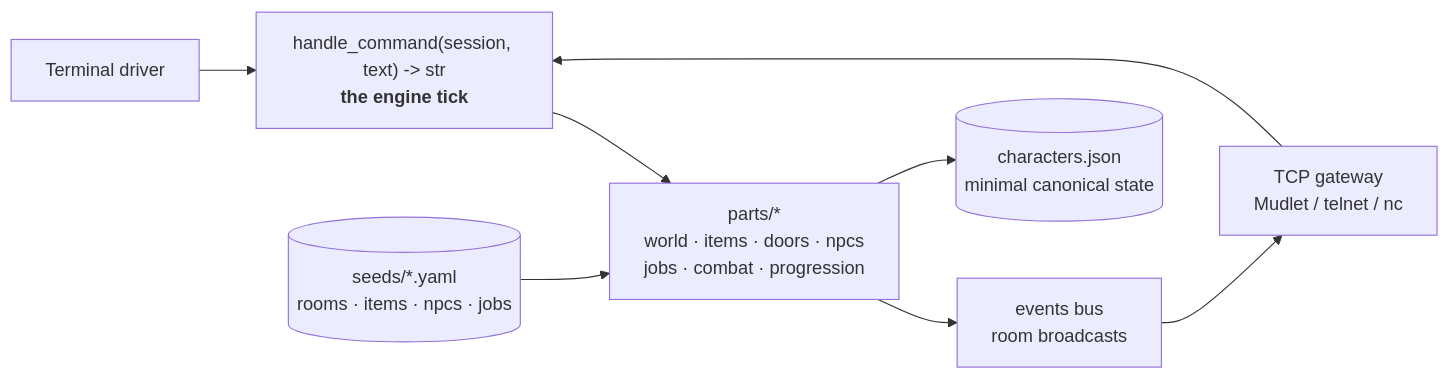
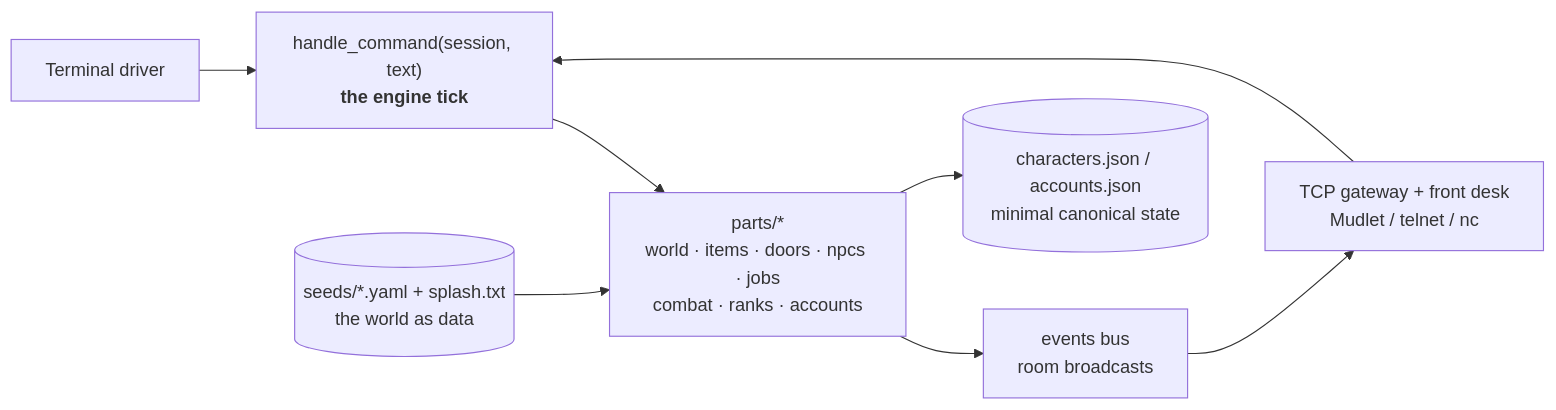
Before and after one commit to MatrymLabs/codeforge: the diagram in README.md, drawn with Mermaid. The commit also changed other lines of this file and 7 other files, not shown here.

Commit message:
docs: repo polish - README, CONTRIBUTING, architecture, ADRs, editorconfig, PR template

````diff
--- a/README.md
+++ b/README.md
@@ -53,11 +52,11 @@
 ```mermaid
 flowchart LR
     T[Terminal driver] --> H
-    G[TCP gateway<br/>Mudlet / telnet / nc] --> H
-    H["handle_command(session, text) -> str<br/><b>the engine tick</b>"]
-    H --> P[parts/*<br/>world · items · doors · npcs<br/>jobs · combat · progression]
+    G[TCP gateway + front desk<br/>Mudlet / telnet / nc] --> H
+    H["handle_command(session, text)<br/><b>the engine tick</b>"]
+    H --> P[parts/*<br/>world · items · doors · npcs · jobs<br/>combat · ranks · accounts]
     P --> E[events bus<br/>room broadcasts]
     E --> G
-    S[(seeds/*.yaml<br/>rooms · items · npcs · jobs)] --> P
-    P --> C[(characters.json<br/>minimal canonical state)]
+    S[(seeds/*.yaml + splash.txt<br/>the world as data)] --> P
+    P --> C[(characters.json / accounts.json<br/>minimal canonical state)]
 ```
````
